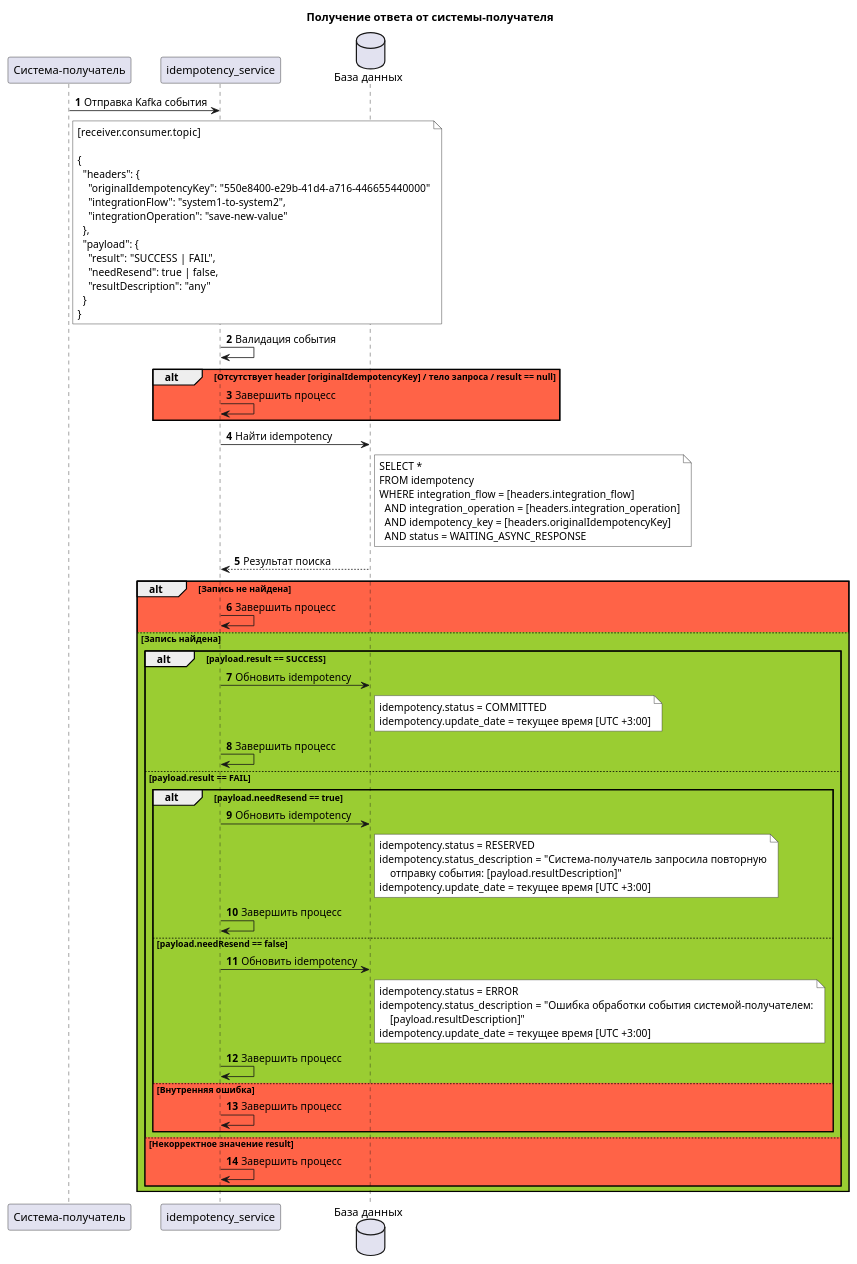
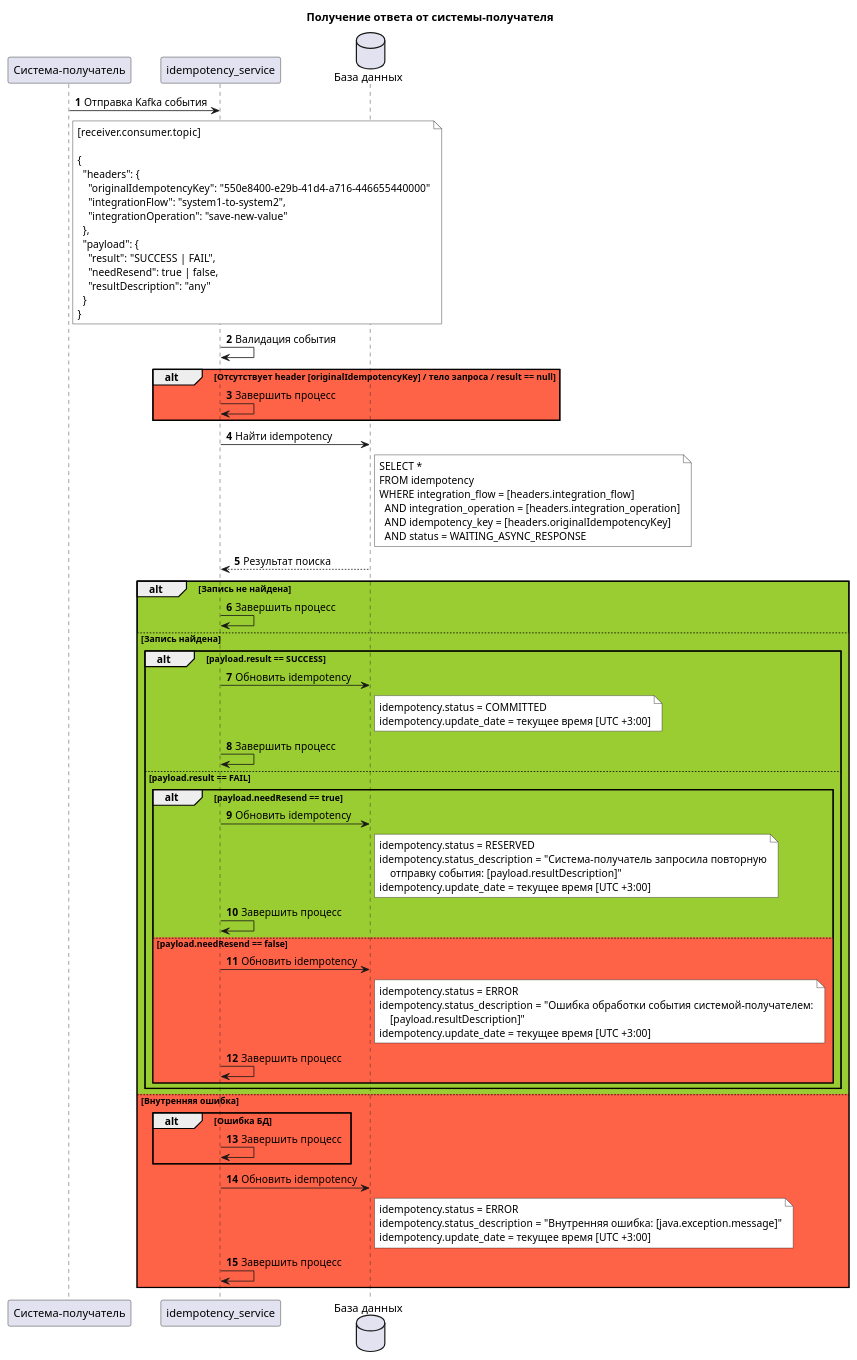
The diagram in architecture/4.puml (idempotence-service/core), drawn with PlantUML before and after one commit. The commit also changed 6 other files, not shown here.

```diff
--- a/architecture/4.puml
+++ b/architecture/4.puml
@@ -1,103 +1,92 @@
 @startuml
 title Получение ответа от системы-получателя
 
 autonumber
 
 participant "Система-получатель" as Receiver
 participant "idempotency_service" as IdemService
 database "База данных" as DB
 
 Receiver -> IdemService: Отправка Kafka события
 note right of Receiver #FFFFFF
 [receiver.consumer.topic]
 
 {
   "headers": {
     "originalIdempotencyKey": "550e8400-e29b-41d4-a716-446655440000"
     "integrationFlow": "system1-to-system2",
     "integrationOperation": "save-new-value"
   },
   "payload": {
     "result": "SUCCESS | FAIL",
     "needResend": true | false,
     "resultDescription": "any"
   }
 }
 end note
 
 
 IdemService -> IdemService: Валидация события
 
 alt #tomato Отсутствует header [originalIdempotencyKey] / тело запроса / result == null
     IdemService -> IdemService: Завершить процесс
 end
 
 IdemService -> DB: Найти idempotency
 note right of DB #FFFFFF
     SELECT *
     FROM idempotency
     WHERE integration_flow = [headers.integration_flow]
       AND integration_operation = [headers.integration_operation]
       AND idempotency_key = [headers.originalIdempotencyKey]
       AND status = WAITING_ASYNC_RESPONSE
 end note
 
 DB --> IdemService: Результат поиска
 
 
-alt #tomato Запись не найдена
+alt #yellowgreen Запись не найдена
     IdemService -> IdemService: Завершить процесс
-
-
 else #yellowgreen Запись найдена
-
     alt payload.result == SUCCESS
-
         IdemService -> DB: Обновить idempotency
         note right of DB #FFFFFF
             idempotency.status = COMMITTED
             idempotency.update_date = текущее время [UTC +3:00]
         end note
-
         IdemService -> IdemService: Завершить процесс
-
-
     else payload.result == FAIL
-
         alt payload.needResend == true
-
             IdemService -> DB: Обновить idempotency
             note right of DB #FFFFFF
                 idempotency.status = RESERVED
                 idempotency.status_description = "Система-получатель запросила повторную
                     отправку события: [payload.resultDescription]"
                 idempotency.update_date = текущее время [UTC +3:00]
             end note
-
             IdemService -> IdemService: Завершить процесс
-
-
-        else payload.needResend == false
-
+        else #tomato payload.needResend == false
             IdemService -> DB: Обновить idempotency
             note right of DB #FFFFFF
                 idempotency.status = ERROR
                 idempotency.status_description = "Ошибка обработки события системой-получателем:
                     [payload.resultDescription]"
                 idempotency.update_date = текущее время [UTC +3:00]
             end note
-
-            IdemService -> IdemService: Завершить процесс
-
-        else #tomato Внутренняя ошибка
             IdemService -> IdemService: Завершить процесс
         end
-
-
-    else #tomato Некорректное значение result
-        IdemService -> IdemService: Завершить процесс
     end
-
+else #tomato Внутренняя ошибка
+    alt Ошибка БД
+        IdemService -> IdemService : Завершить процесс
+    end
+    IdemService -> DB : Обновить idempotency
+    note right of DB #FFFFFF
+        idempotency.status = ERROR
+        idempotency.status_description = "Внутренняя ошибка: [java.exception.message]"
+        idempotency.update_date = текущее время [UTC +3:00]
+    end note
+    IdemService -> IdemService : Завершить процесс
 end
 
 @enduml
```
